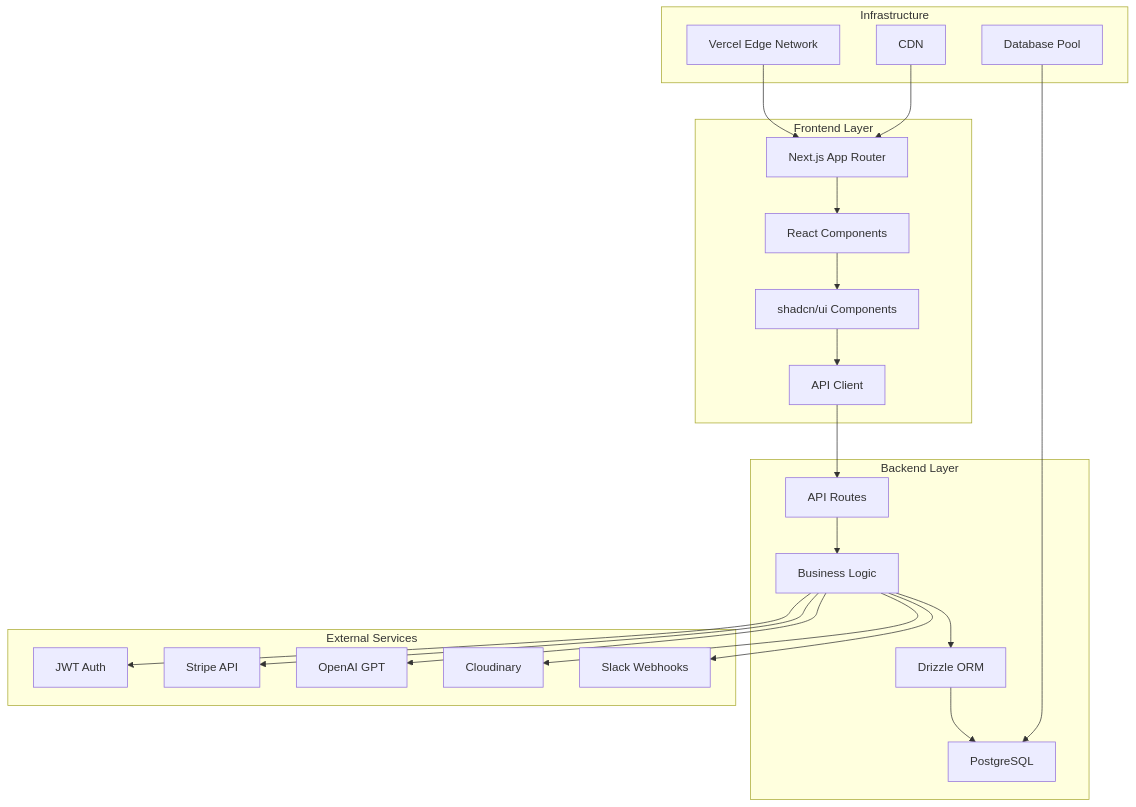
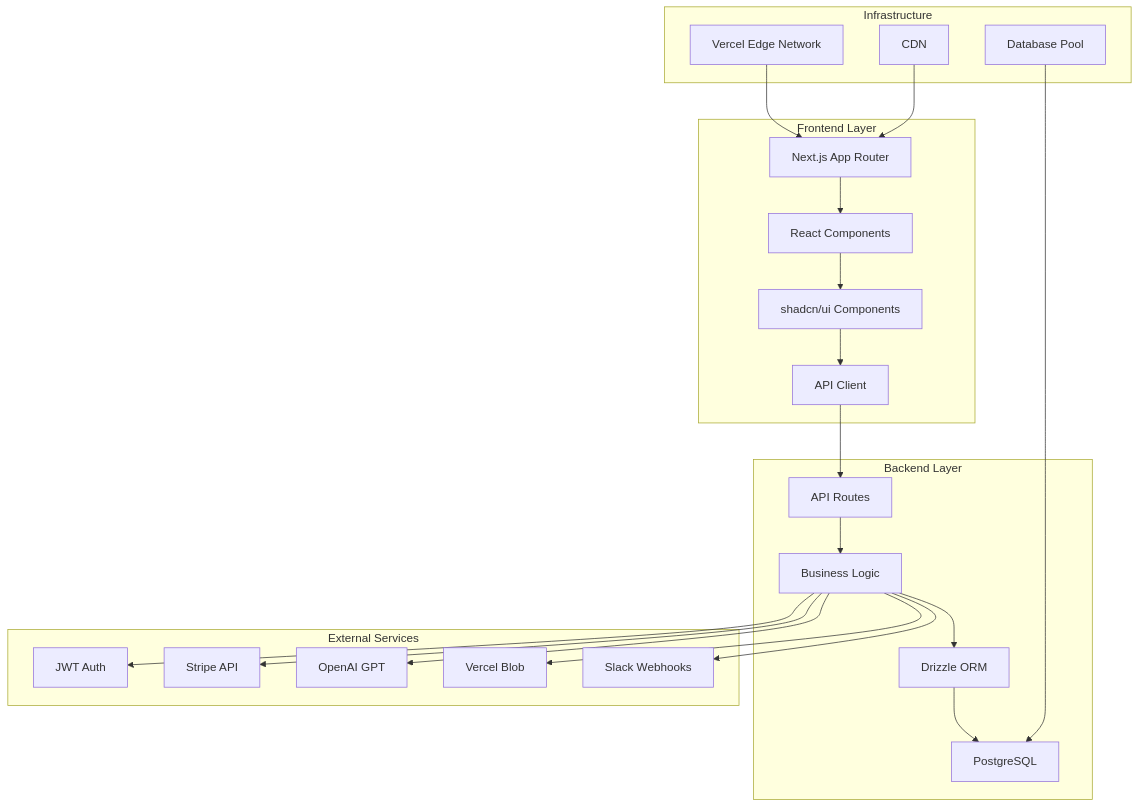
Before and after one commit to ChanMeng666/she-sharp: the first of 6 diagrams in README.md, drawn with Mermaid. The commit also changed other lines of this file and 21 other files, not shown here.

````diff
--- a/README.md
+++ b/README.md
@@ -543,39 +543,39 @@
 ```mermaid
 graph TB
     subgraph "Frontend Layer"
         A[Next.js App Router] --> B[React Components]
         B --> C[shadcn/ui Components]
         C --> D[API Client]
     end
     
     subgraph "Backend Layer"
         E[API Routes] --> F[Business Logic]
         F --> G[Drizzle ORM]
         G --> H[PostgreSQL]
     end
     
     subgraph "External Services"
         I[JWT Auth]
         J[Stripe API]
         K[OpenAI GPT]
-        L[Cloudinary]
+        L[Vercel Blob]
         P[Slack Webhooks]
     end
     
     D --> E
     F --> I
     F --> J
     F --> K
     F --> L
     F --> P
     
     subgraph "Infrastructure"
         M[Vercel Edge Network]
         N[CDN]
         O[Database Pool]
     end
     
     M --> A
     N --> A
     O --> H
 ```
````
